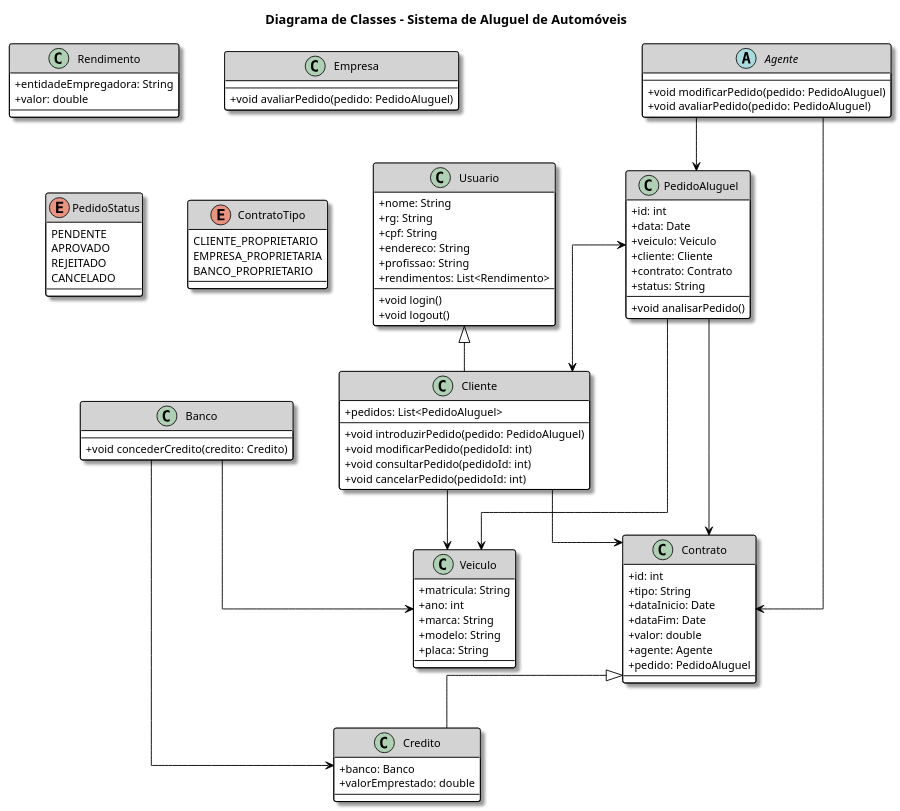
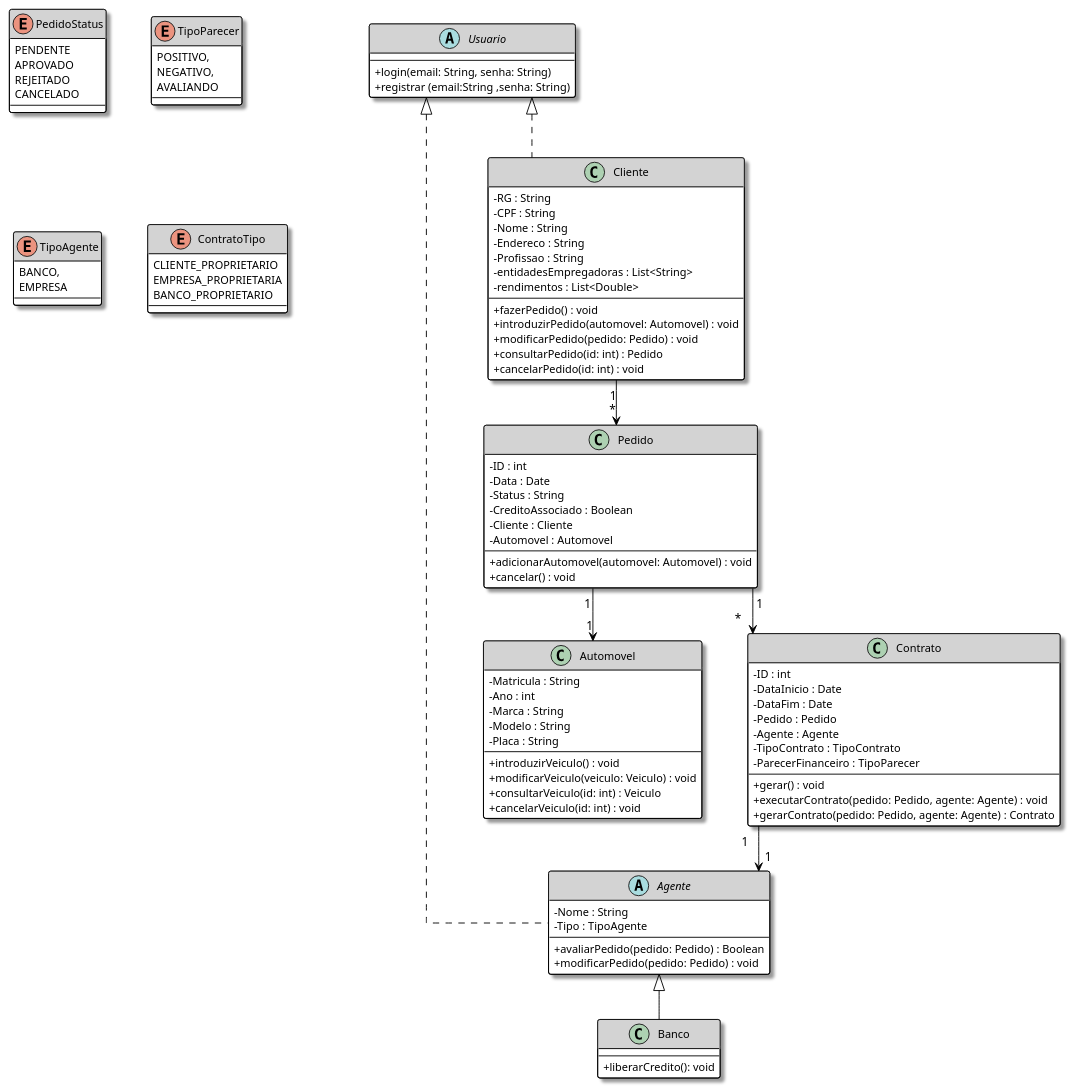
Before and after one commit to Salomao0tavio/AlugueisCarros: the diagram in projeto/DiagramaDeClasses.puml, drawn with PlantUML.

Commit message:
doc: V2.0 Diagrama de classes

```diff
--- a/projeto/DiagramaDeClasses.puml
+++ b/projeto/DiagramaDeClasses.puml
@@ -1,114 +1,112 @@
 @startuml
 skinparam classAttributeIconSize 0
 skinparam classFontSize 14
 skinparam classFontColor Black
 skinparam shadowing true
 skinparam linetype ortho
 skinparam classBackgroundColor White
 skinparam classBorderColor Black
 skinparam classBorderThickness 1
 skinparam classHeaderBackgroundColor LightGray
 skinparam classHeaderFontColor White
 skinparam classAttributeFontSize 12
 skinparam classAttributeFontColor Black
 skinparam arrowColor Black
 skinparam arrowThickness 1
 skinparam arrowFontSize 13
 skinparam arrowFontColor Black
 skinparam nodesep 50
 skinparam ranksep 50
-title Diagrama de Classes - Sistema de Aluguel de Automóveis
-
-class Usuario {
-  + nome: String
-  + rg: String
-  + cpf: String
-  + endereco: String
-  + profissao: String
-  + rendimentos: List<Rendimento>
-  + void login()
-  + void logout()
-}
-
-class Rendimento {
-  + entidadeEmpregadora: String
-  + valor: double
-}
-
-class Cliente extends Usuario {
-  + pedidos: List<PedidoAluguel>
-  + void introduzirPedido(pedido: PedidoAluguel)
-  + void modificarPedido(pedidoId: int)
-  + void consultarPedido(pedidoId: int)
-  + void cancelarPedido(pedidoId: int)
-}
-
-abstract class Agente  {
-  + void modificarPedido(pedido: PedidoAluguel)
-  + void avaliarPedido(pedido: PedidoAluguel)
-}
-
-class PedidoAluguel {
-  + id: int
-  + data: Date
-  + veiculo: Veiculo
-  + cliente: Cliente
-  + contrato: Contrato
-  + status: String
-  + void analisarPedido()
-}
-
-class Veiculo {
-  + matricula: String
-  + ano: int
-  + marca: String
-  + modelo: String
-  + placa: String
-}
-
-class Contrato {
-  + id: int
-  + tipo: String
-  + dataInicio: Date
-  + dataFim: Date
-  + valor: double
-  + agente: Agente
-  + pedido: PedidoAluguel
-}
-
-class Credito extends Contrato {
-  + banco: Banco
-  + valorEmprestado: double
-}
-
-class Banco  {
-  + void concederCredito(credito: Credito)
-}
-
-class Empresa  {
-  + void avaliarPedido(pedido: PedidoAluguel)
-}
 
 enum PedidoStatus {
     PENDENTE
     APROVADO
     REJEITADO
     CANCELADO
 }
-
+enum TipoParecer {
+POSITIVO,
+NEGATIVO,
+AVALIANDO
+}
+enum TipoAgente{
+    BANCO,
+    EMPRESA
+}
 enum ContratoTipo {
     CLIENTE_PROPRIETARIO
     EMPRESA_PROPRIETARIA
     BANCO_PROPRIETARIO
 }
- 
-PedidoAluguel --> Veiculo
-PedidoAluguel --> Contrato 
-PedidoAluguel <--> Cliente 
-Agente --> PedidoAluguel 
-Banco --> Credito 
-Cliente --> Veiculo 
-Banco --> Veiculo 
-Cliente --> Contrato 
-Agente --> Contrato 
+
+abstract class Agente implements Usuario{
+  -Nome : String
+  -Tipo : TipoAgente
+  +avaliarPedido(pedido: Pedido) : Boolean
+  +modificarPedido(pedido: Pedido) : void
+}
+
+class Banco extends Agente{
+  +liberarCredito(): void
+}
+abstract class Usuario {
++login(email: String, senha: String)
++registrar (email:String ,senha: String)
+}
+class Cliente implements Usuario{
+  -RG : String
+  -CPF : String
+  -Nome : String
+  -Endereco : String
+  -Profissao : String
+  -entidadesEmpregadoras : List<String>
+  -rendimentos : List<Double>
+  +fazerPedido() : void
+  +introduzirPedido(automovel: Automovel) : void
+  +modificarPedido(pedido: Pedido) : void
+  +consultarPedido(id: int) : Pedido
+  +cancelarPedido(id: int) : void
+}
+
+
+class Automovel {
+  -Matricula : String
+  -Ano : int
+  -Marca : String
+  -Modelo : String
+  -Placa : String
+  +introduzirVeiculo() : void
+  +modificarVeiculo(veiculo: Veiculo) : void
+  +consultarVeiculo(id: int) : Veiculo
+  +cancelarVeiculo(id: int) : void
+}
+
+class Pedido {
+  -ID : int
+  -Data : Date
+  -Status : String
+  -CreditoAssociado : Boolean
+  -Cliente : Cliente
+  -Automovel : Automovel
+  +adicionarAutomovel(automovel: Automovel) : void
+  +cancelar() : void
+}
+
+class Contrato {
+  -ID : int
+  -DataInicio : Date
+  -DataFim : Date
+  -Pedido : Pedido
+  -Agente : Agente
+  -TipoContrato : TipoContrato
+  -ParecerFinanceiro : TipoParecer
+  +gerar() : void
+  +executarContrato(pedido: Pedido, agente: Agente) : void
+  +gerarContrato(pedido: Pedido, agente: Agente) : Contrato
+}
+
+Cliente "1" --> "*" Pedido
+Pedido "1" --> "1" Automovel
+Pedido "1" --> "*" Contrato
+Contrato "1" --> "1" Agente
 @enduml
```
